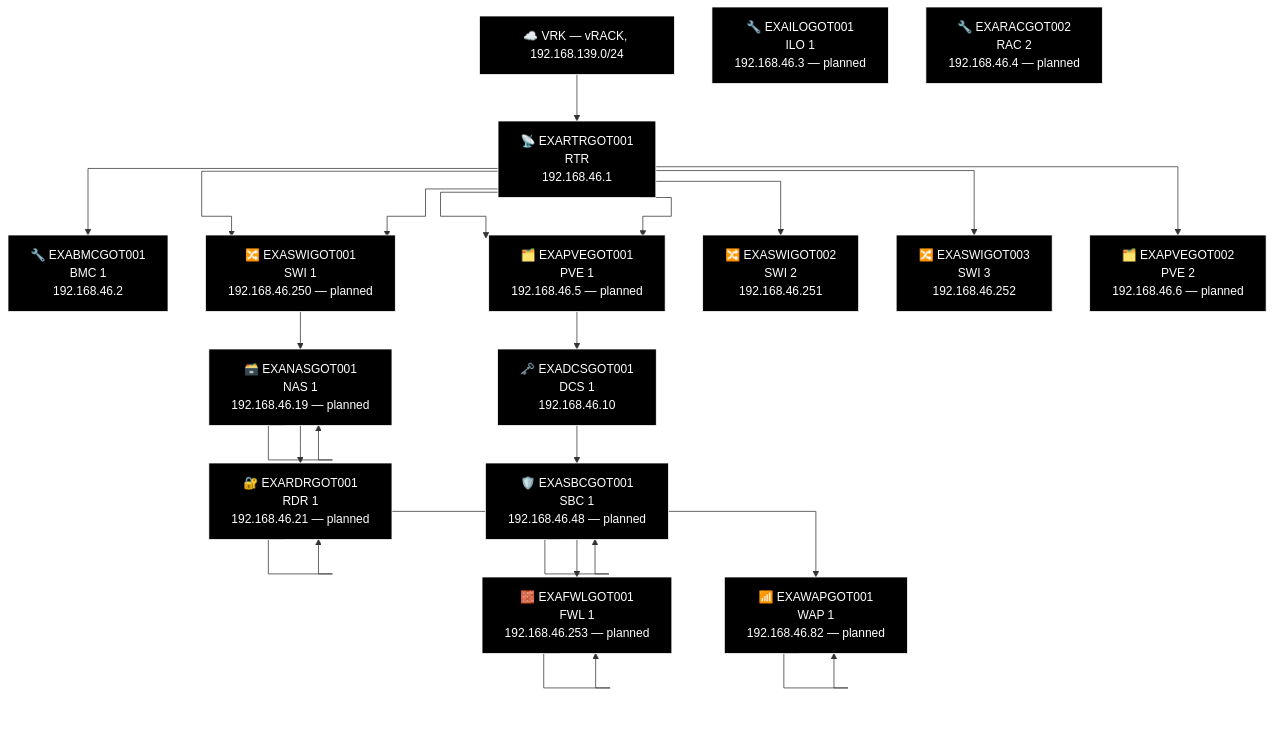
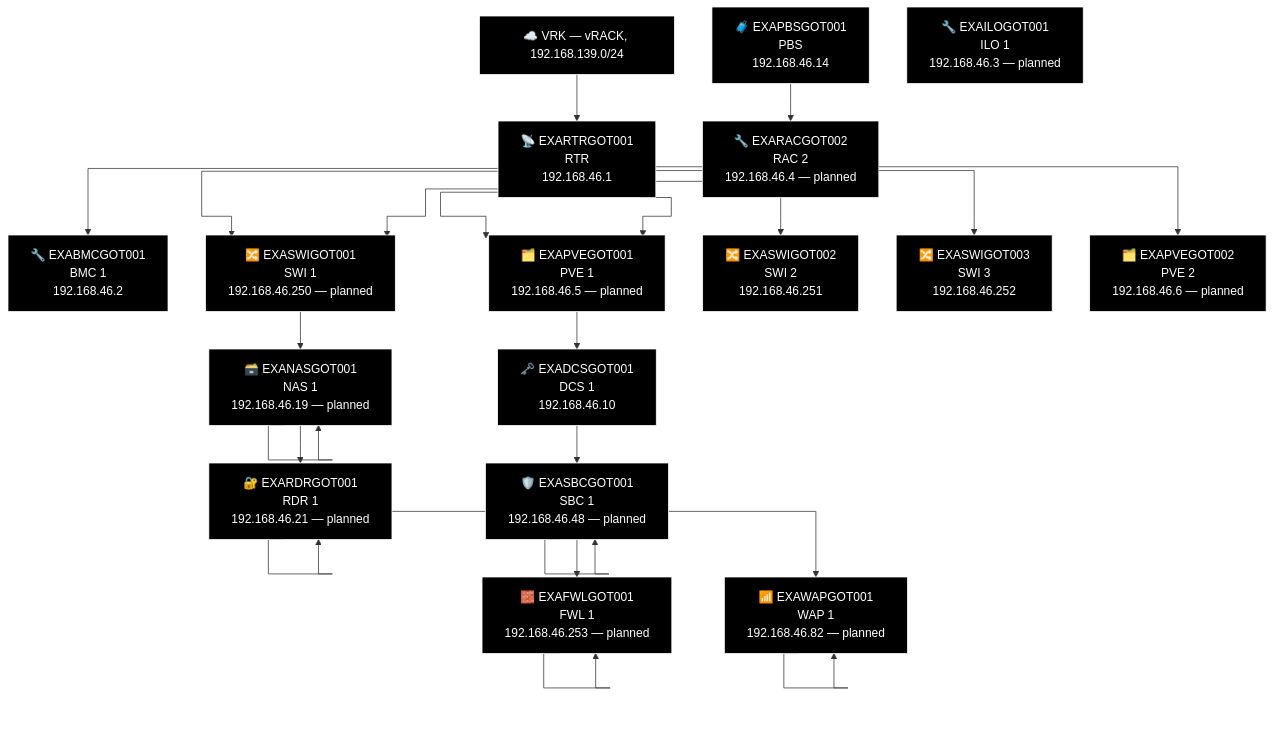
The second of 2 diagrams in docs/network-diagram/sverige.md (knightmare2600/example_music_infra), drawn with Mermaid before and after one commit. The commit also changed 14 other files, not shown here.

First line of the commit message:
docs/network-diagram: regenerate, every site was missing its PBS node

````diff
--- a/docs/network-diagram/sverige.md
+++ b/docs/network-diagram/sverige.md
@@ -31,63 +31,66 @@
 ```mermaid
 %% GENERATED:TOPOLOGY:GOT:START
 %%{init: {'flowchart': {'curve': 'stepAfter'}}}%%
 graph TD
     T_VRK["☁️ VRK — vRACK, 192.168.139.0/24"]
     T_RTR["📡 EXARTRGOT001<br/>RTR<br/>192.168.46.1"]
     T_VRK --> T_RTR
     T_BMC["🔧 EXABMCGOT001<br/>BMC 1<br/>192.168.46.2"]
     T_RTR --> T_BMC
     T_PVE["🗂️ EXAPVEGOT001<br/>PVE 1<br/>192.168.46.5"]
     T_RTR --> T_PVE
     T_SWI["🔀 EXASWIGOT001<br/>SWI 1<br/>192.168.46.250"]
     T_RTR --> T_SWI
     T_SWI2["🔀 EXASWIGOT002<br/>SWI 2<br/>192.168.46.251"]
     T_RTR --> T_SWI2
     T_SWI3["🔀 EXASWIGOT003<br/>SWI 3<br/>192.168.46.252"]
     T_RTR --> T_SWI3
     T_SWI["🔀 EXASWIGOT001<br/>SWI 1<br/>192.168.46.250 — planned"]
     T_RTR --> T_SWI
     T_PVE["🗂️ EXAPVEGOT001<br/>PVE 1<br/>192.168.46.5 — planned"]
     T_RTR --> T_PVE
     T_PVE2["🗂️ EXAPVEGOT002<br/>PVE 2<br/>192.168.46.6 — planned"]
     T_RTR --> T_PVE2
     T_NAS["🗃️ EXANASGOT001<br/>NAS<br/>192.168.46.19"]
     T_NAS["🗃️ EXANASGOT001<br/>NAS 1<br/>192.168.46.19 — planned"]
     T_RDR["🔐 EXARDRGOT001<br/>RDR<br/>192.168.46.21"]
     T_RDR["🔐 EXARDRGOT001<br/>RDR 1<br/>192.168.46.21 — planned"]
     T_WAP["📶 EXAWAPGOT001<br/>WAP 1<br/>192.168.46.82"]
     T_WAP["📶 EXAWAPGOT001<br/>WAP 1<br/>192.168.46.82 — planned"]
     T_SWI --> T_NAS --> T_NAS --> T_RDR --> T_RDR --> T_WAP --> T_WAP
     T_DCS["🗝️ EXADCSGOT001<br/>DCS 1<br/>192.168.46.10"]
     T_SBC["🛡️ EXASBCGOT001<br/>SBC<br/>192.168.46.48"]
     T_SBC["🛡️ EXASBCGOT001<br/>SBC 1<br/>192.168.46.48 — planned"]
     T_FWL["🧱 EXAFWLGOT001<br/>LAN Face<br/>192.168.46.253"]
     T_FWL["🧱 EXAFWLGOT001<br/>FWL 1<br/>192.168.46.253 — planned"]
     T_PVE --> T_DCS --> T_SBC --> T_SBC --> T_FWL --> T_FWL
+    T_PBS["🧳 EXAPBSGOT001<br/>PBS<br/>192.168.46.14"]
     T_ILO["🔧 EXAILOGOT001<br/>ILO 1<br/>192.168.46.3 — planned"]
     T_RAC["🔧 EXARACGOT002<br/>RAC 2<br/>192.168.46.4 — planned"]
+    T_PBS --> T_RAC
     style T_VRK fill:#000000,stroke:#FFFFFF,color:#FFFFFF
     style T_RTR fill:#000000,stroke:#FFFFFF,color:#FFFFFF
     style T_BMC fill:#000000,stroke:#FFFFFF,color:#FFFFFF
     style T_PVE fill:#000000,stroke:#FFFFFF,color:#FFFFFF
     style T_SWI fill:#000000,stroke:#FFFFFF,color:#FFFFFF
     style T_SWI2 fill:#000000,stroke:#FFFFFF,color:#FFFFFF
     style T_SWI3 fill:#000000,stroke:#FFFFFF,color:#FFFFFF
     style T_SWI fill:#000000,stroke:#FFFFFF,color:#FFFFFF
     style T_PVE fill:#000000,stroke:#FFFFFF,color:#FFFFFF
     style T_PVE2 fill:#000000,stroke:#FFFFFF,color:#FFFFFF
     style T_NAS fill:#000000,stroke:#FFFFFF,color:#FFFFFF
     style T_NAS fill:#000000,stroke:#FFFFFF,color:#FFFFFF
     style T_RDR fill:#000000,stroke:#FFFFFF,color:#FFFFFF
     style T_RDR fill:#000000,stroke:#FFFFFF,color:#FFFFFF
     style T_WAP fill:#000000,stroke:#FFFFFF,color:#FFFFFF
     style T_WAP fill:#000000,stroke:#FFFFFF,color:#FFFFFF
     style T_DCS fill:#000000,stroke:#FFFFFF,color:#FFFFFF
     style T_SBC fill:#000000,stroke:#FFFFFF,color:#FFFFFF
     style T_SBC fill:#000000,stroke:#FFFFFF,color:#FFFFFF
     style T_FWL fill:#000000,stroke:#FFFFFF,color:#FFFFFF
     style T_FWL fill:#000000,stroke:#FFFFFF,color:#FFFFFF
+    style T_PBS fill:#000000,stroke:#FFFFFF,color:#FFFFFF
     style T_ILO fill:#000000,stroke:#FFFFFF,color:#FFFFFF
     style T_RAC fill:#000000,stroke:#FFFFFF,color:#FFFFFF
 %% GENERATED:TOPOLOGY:GOT:END
 ```
````
